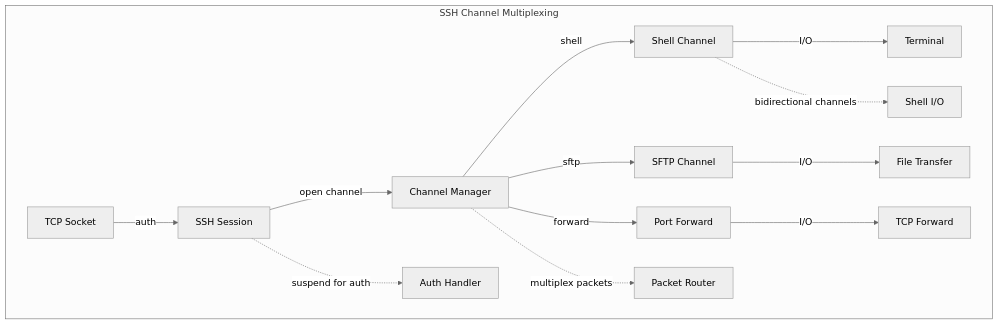
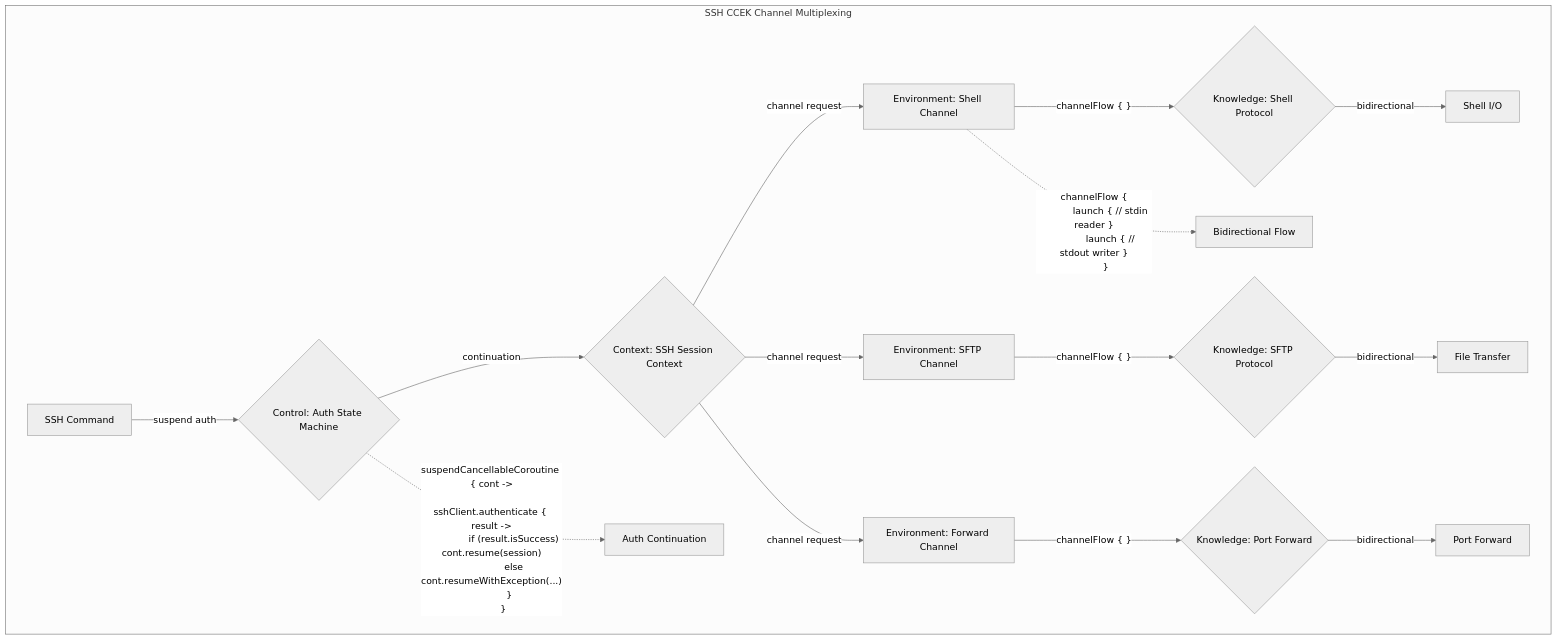
The sixth of 8 diagrams in CHANNEL_CCEK_TODO.md (jnorthrup/superbikeshed), drawn with Mermaid (neutral theme) before and after one commit. The commit also changed other lines of this file and 4 other files, not shown here.

````diff
--- a/CHANNEL_CCEK_TODO.md
+++ b/CHANNEL_CCEK_TODO.md
@@ -152,19 +182,31 @@
 ```mermaid
 flowchart TD
-    subgraph "SSH Channel Multiplexing"
-        A[TCP Socket] -->|auth| B[SSH Session]
-        B -->|open channel| C[Channel Manager]
+    subgraph "SSH CCEK Channel Multiplexing"
+        A[SSH Command] -->|suspend auth| B{Control: Auth State Machine}
+        B -->|continuation| C{Context: SSH Session Context}
         
-        C -->|shell| D1[Shell Channel]
-        C -->|sftp| D2[SFTP Channel]
-        C -->|forward| D3[Port Forward]
+        C -->|channel request| D1[Environment: Shell Channel]
+        C -->|channel request| D2[Environment: SFTP Channel]
+        C -->|channel request| D3[Environment: Forward Channel]
         
-        D1 -->|I/O| E1[Terminal]
-        D2 -->|I/O| E2[File Transfer]
-        D3 -->|I/O| E3[TCP Forward]
+        D1 -->|"channelFlow { }"| E1{Knowledge: Shell Protocol}
+        D2 -->|"channelFlow { }"| E2{Knowledge: SFTP Protocol}
+        D3 -->|"channelFlow { }"| E3{Knowledge: Port Forward}
         
-        B -.->|suspend for auth| AUTH[Auth Handler]
-        D1 -.->|bidirectional channels| BID[Shell I/O]
-        C -.->|multiplex packets| MUX[Packet Router]
+        E1 -->|bidirectional| F1[Shell I/O]
+        E2 -->|bidirectional| F2[File Transfer]
+        E3 -->|bidirectional| F3[Port Forward]
+        
+        B -.->|"suspendCancellableCoroutine { cont ->
+            sshClient.authenticate { result ->
+                if (result.isSuccess) cont.resume(session)
+                else cont.resumeWithException(...)
+            }
+        }"| AUTH[Auth Continuation]
+        
+        D1 -.->|"channelFlow {
+            launch { // stdin reader }                   
+            launch { // stdout writer }
+        }"| BID[Bidirectional Flow]
     end
 ```
````
